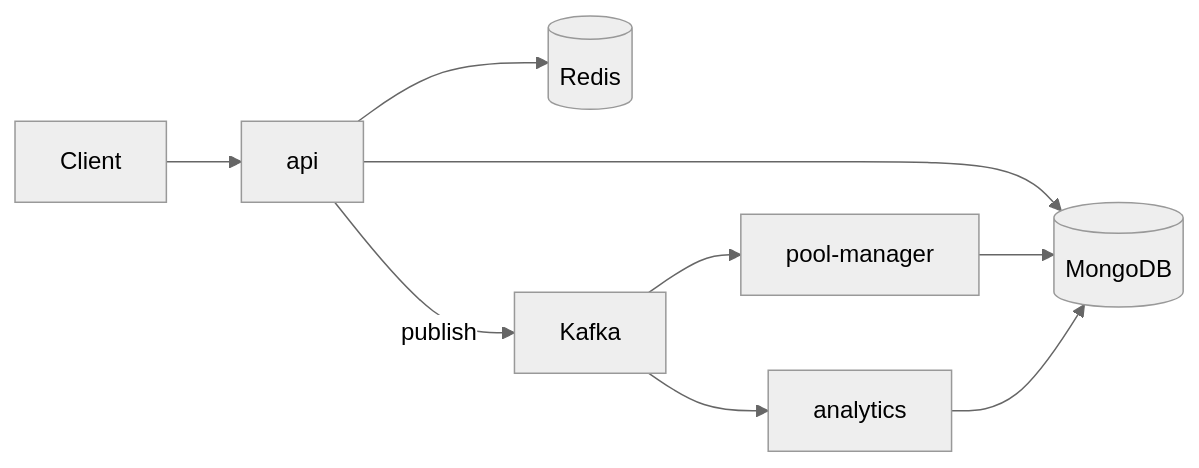
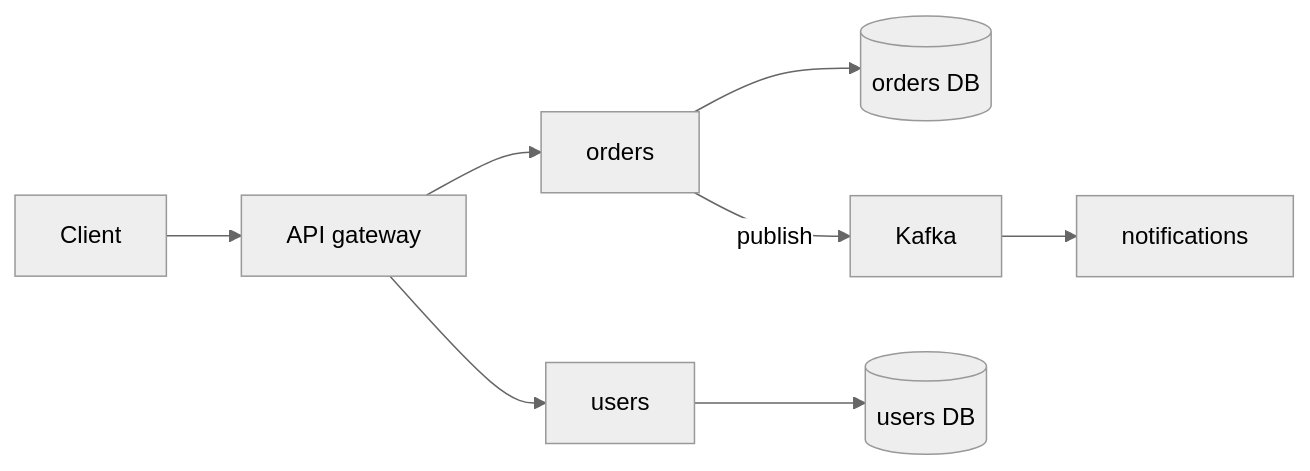
The diagram in topics/infrastructure/deployment-architectures/microservices.md (vasil-sarandev/brainstack), drawn with Mermaid (neutral theme) before and after one commit. The commit also changed other lines of this file and 1 other file, not shown here.

````diff
--- a/topics/infrastructure/deployment-architectures/microservices.md
+++ b/topics/infrastructure/deployment-architectures/microservices.md
@@ -14,11 +12,10 @@
 ```mermaid
 flowchart LR
-  Client --> API[api]
-  API --> Redis[(Redis)]
-  API --> Mongo[(MongoDB)]
-  API -->|publish| Kafka
-  Kafka --> PM[pool-manager]
-  Kafka --> AN[analytics]
-  PM --> Mongo
-  AN --> Mongo
+  Client --> GW[API gateway]
+  GW --> Orders[orders]
+  GW --> Users[users]
+  Orders --> ODB[(orders DB)]
+  Users --> UDB[(users DB)]
+  Orders -->|publish| Kafka
+  Kafka --> Notif[notifications]
 ```
````
